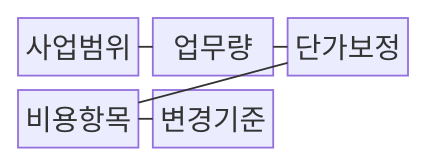
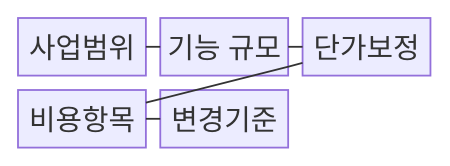
The first of 2 diagrams in src/content/docs/notes/07-law-policy/018_sw_cost_estimation.md (agnusdei1207/knowledge-base), drawn with Mermaid before and after one commit. The commit also changed other lines of this file and 493 other files, not shown here.

````diff
--- a/src/content/docs/notes/07-law-policy/018_sw_cost_estimation.md
+++ b/src/content/docs/notes/07-law-policy/018_sw_cost_estimation.md
@@ -73,13 +73,13 @@
 ```mermaid
 block-beta
   columns 3
   A["사업범위"]
-  B["업무량"]
+  B["기능 규모"]
   C["단가보정"]
   D["비용항목"]
   E["변경기준"]
   A --- B
   B --- C
   C --- D
   D --- E
 ```
````
